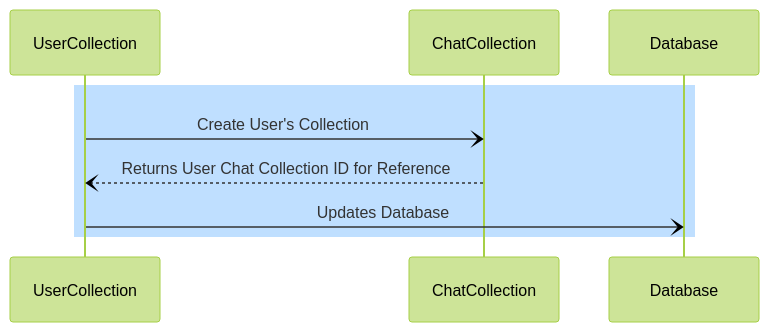
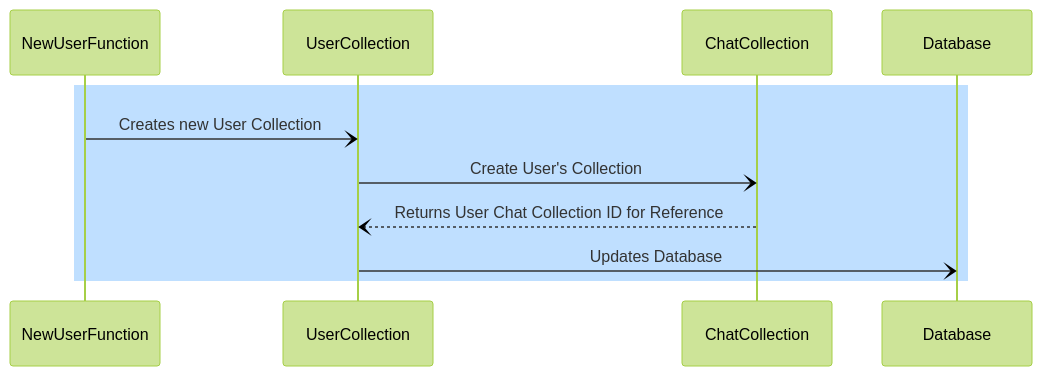
Before and after one commit to shinobiseb/chat-messenger-momo-NEXTJS: the diagram in Diagrams/NewUserFunction.mmd, drawn with Mermaid (forest theme). The commit also changed 4 other files, not shown here.

```diff
--- a/Diagrams/NewUserFunction.mmd
+++ b/Diagrams/NewUserFunction.mmd
@@ -1,9 +1,10 @@
 sequenceDiagram
 %% Nodes
     rect rgb(191, 223, 255)
+        NewUserFunction-)UserCollection: Creates new User Collection
         UserCollection-)ChatCollection: Create User's Collection
         ChatCollection--)UserCollection: Returns User Chat Collection ID for Reference
         UserCollection-)Database: Updates Database
     end
 
 %% How Users keep their chats
```
